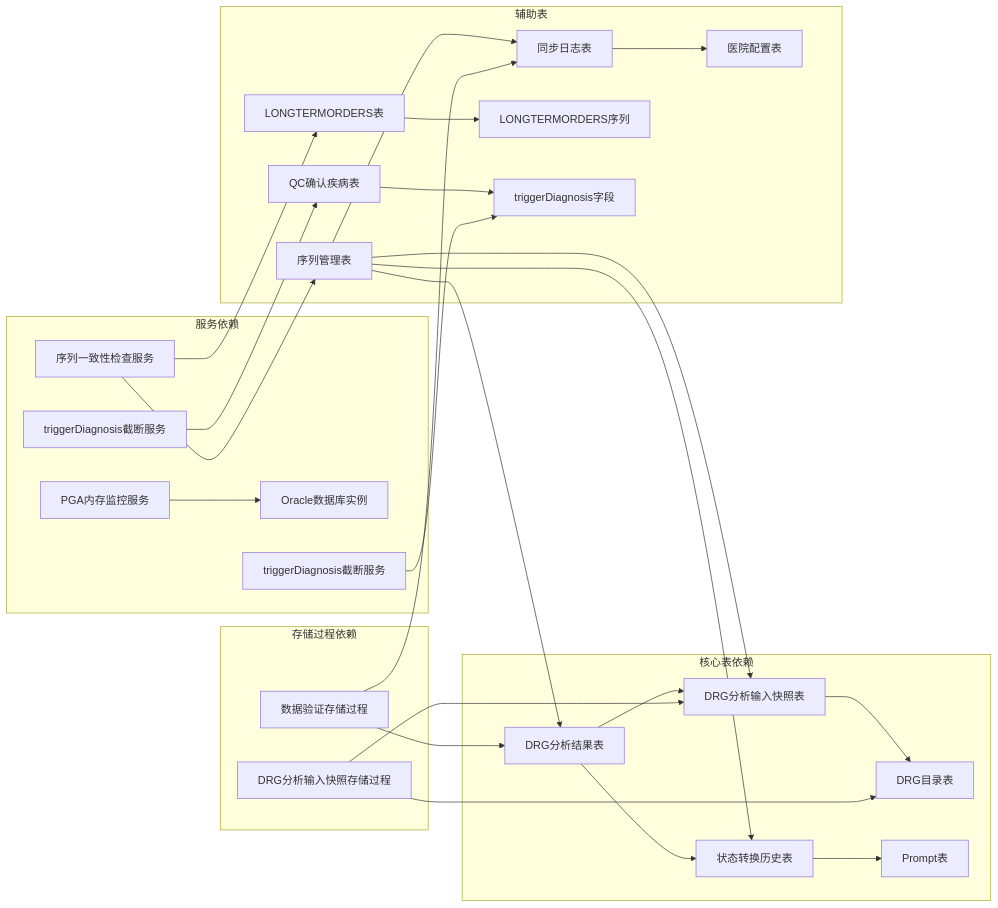
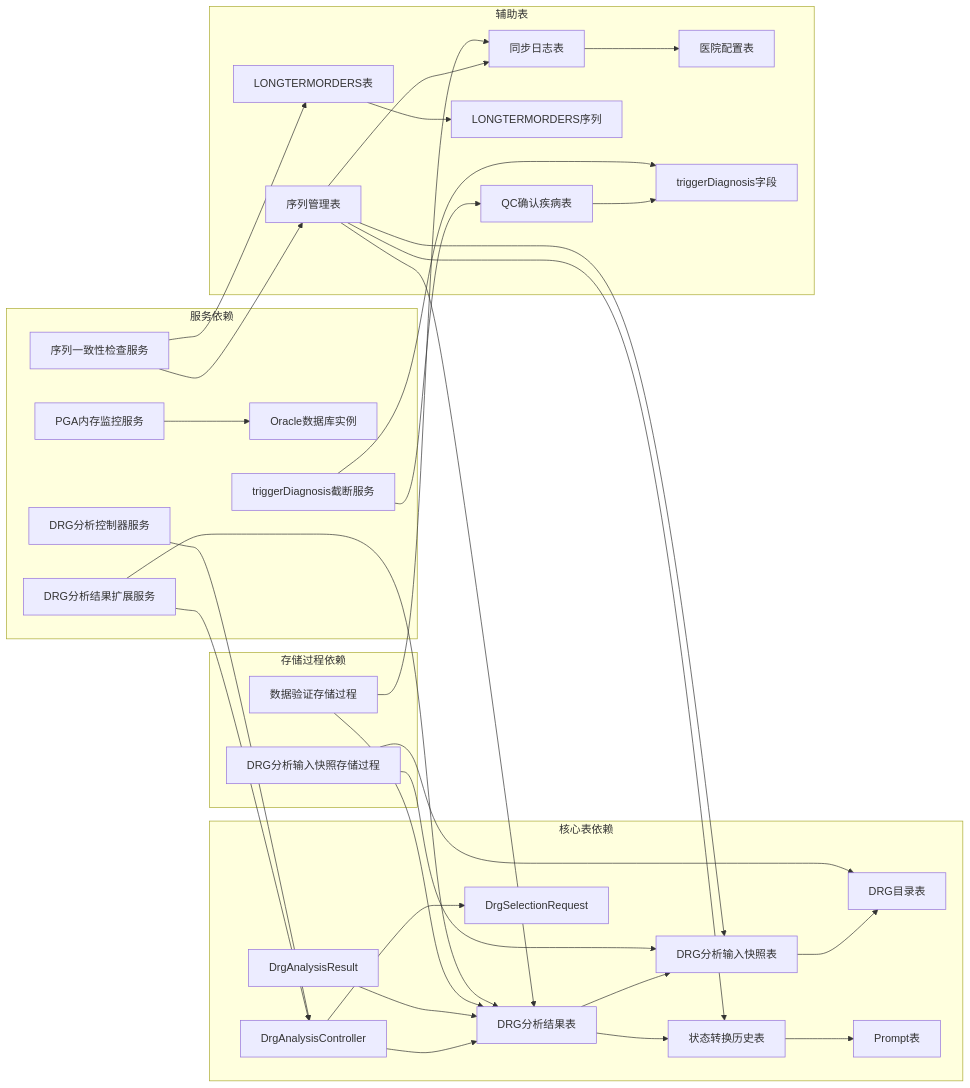
Diagram 15 of 25 in .qoder/repowiki/zh/content/Database Operations/Database Operations.md (liuzh2008/med_ai_assistant_workspace), drawn with Mermaid before and after one commit. The commit also changed other lines of this file and 6 other files, not shown here.

````diff
--- a/.qoder/repowiki/zh/content/Database Operations/Database Operations.md
+++ b/.qoder/repowiki/zh/content/Database Operations/Database Operations.md
@@ -554,31 +673,37 @@
 ```mermaid
 graph LR
 subgraph "核心表依赖"
 A[DRG分析结果表] --> B[DRG分析输入快照表]
 A --> C[状态转换历史表]
 B --> D[DRG目录表]
 C --> E[Prompt表]
+F[DrgAnalysisController] --> A
+F --> G[DrgSelectionRequest]
+H[DrgAnalysisResult] --> A
 end
 subgraph "辅助表"
-F[同步日志表] --> G[医院配置表]
-H[序列管理表] --> A
-H --> B
-H --> C
-H --> F
-I[LONGTERMORDERS表] --> J[LONGTERMORDERS序列]
-K[QC确认疾病表] --> L[triggerDiagnosis字段]
+I[同步日志表] --> J[医院配置表]
+K[序列管理表] --> A
+K --> B
+K --> C
+K --> I
+L[LONGTERMORDERS表] --> M[LONGTERMORDERS序列]
+N[QC确认疾病表] --> O[triggerDiagnosis字段]
 end
 subgraph "存储过程依赖"
-M[DRG分析输入快照存储过程] --> B
-M --> D
-N[数据验证存储过程] --> A
-N --> F
+P[DRG分析输入快照存储过程] --> B
+P --> D
+Q[数据验证存储过程] --> A
+Q --> I
 end
 subgraph "服务依赖"
-O[序列一致性检查服务] --> H
-O --> I
-P[PGA内存监控服务] --> Q[Oracle数据库实例]
-R[triggerDiagnosis截断服务] --> K
-S[triggerDiagnosis截断服务] --> L
+R[序列一致性检查服务] --> K
+R --> L
+S[PGA内存监控服务] --> T[Oracle数据库实例]
+U[triggerDiagnosis截断服务] --> N
+U --> O
+V[DRG分析结果扩展服务] --> A
+V --> F
+W[DRG分析控制器服务] --> F
 end
 ```
````
